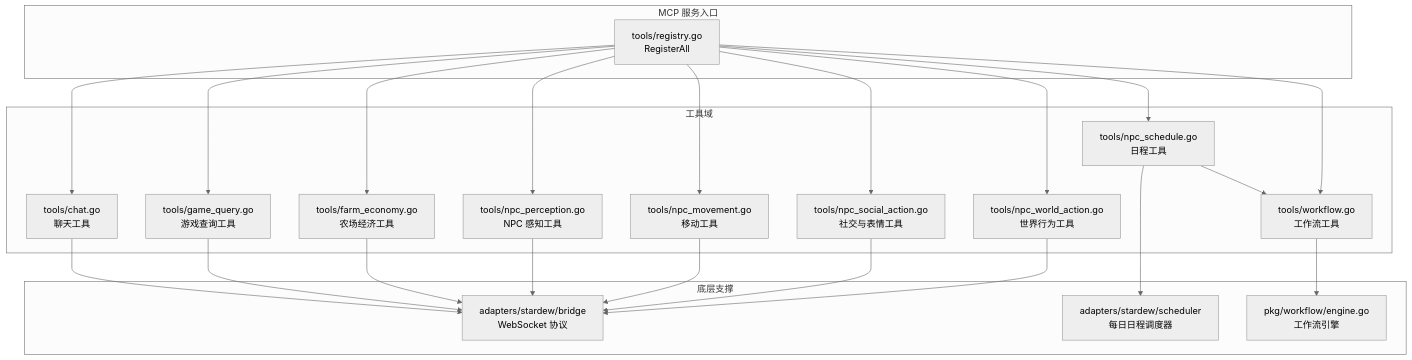
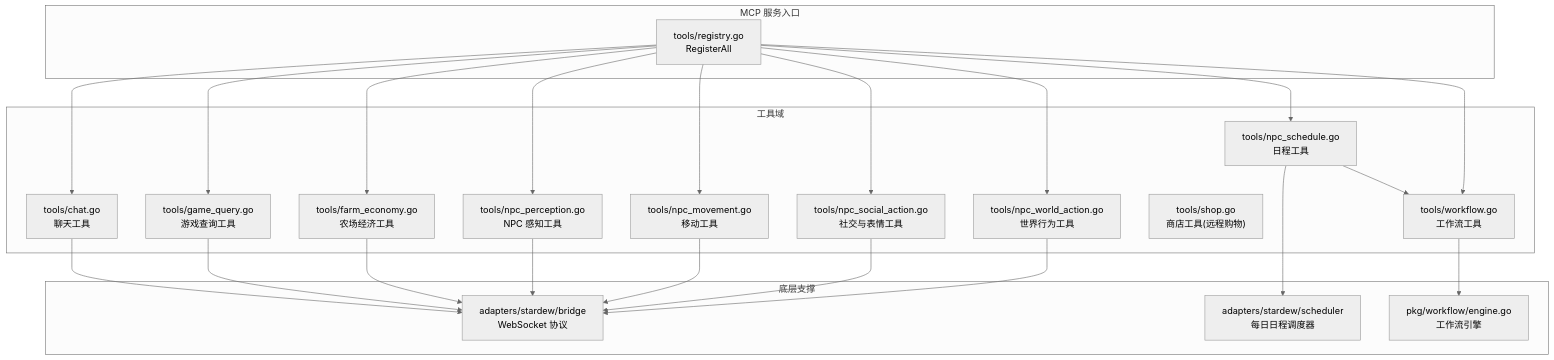
One commit to BHD110/smartnpc-repowiki changed the first of 9 diagrams in wiki/MCP 服务开发/MCP 工具集/MCP 工具集.md. Above: the diagram before and after it, drawn with Mermaid (neutral theme). The commit also changed other lines of this file and 4 other files, not shown here.

````diff
--- a/wiki/MCP 服务开发/MCP 工具集/MCP 工具集.md
+++ b/wiki/MCP 服务开发/MCP 工具集/MCP 工具集.md
@@ -41,45 +42,46 @@
 ```mermaid
 graph TB
     subgraph "MCP 服务入口"
         Registry["tools/registry.go<br/>RegisterAll"]
     end
 
     subgraph "工具域"
         Chat["tools/chat.go<br/>聊天工具"]
         GameQuery["tools/game_query.go<br/>游戏查询工具"]
         FarmEconomy["tools/farm_economy.go<br/>农场经济工具"]
         Perception["tools/npc_perception.go<br/>NPC 感知工具"]
         Movement["tools/npc_movement.go<br/>移动工具"]
         Social["tools/npc_social_action.go<br/>社交与表情工具"]
         World["tools/npc_world_action.go<br/>世界行为工具"]
         Schedule["tools/npc_schedule.go<br/>日程工具"]
+        Shop["tools/shop.go<br/>商店工具(远程购物)"]
         Workflow["tools/workflow.go<br/>工作流工具"]
     end
 
     subgraph "底层支撑"
         Bridge["adapters/stardew/bridge<br/>WebSocket 协议"]
         Scheduler["adapters/stardew/scheduler<br/>每日日程调度器"]
         Engine["pkg/workflow/engine.go<br/>工作流引擎"]
     end
 
     Registry --> Chat
     Registry --> GameQuery
     Registry --> FarmEconomy
     Registry --> Perception
     Registry --> Movement
     Registry --> Social
     Registry --> World
     Registry --> Schedule
     Registry --> Workflow
 
     Chat --> Bridge
     GameQuery --> Bridge
     FarmEconomy --> Bridge
     Perception --> Bridge
     Movement --> Bridge
     Social --> Bridge
     World --> Bridge
     Schedule --> Scheduler
     Schedule --> Workflow
     Workflow --> Engine
 ```
````
